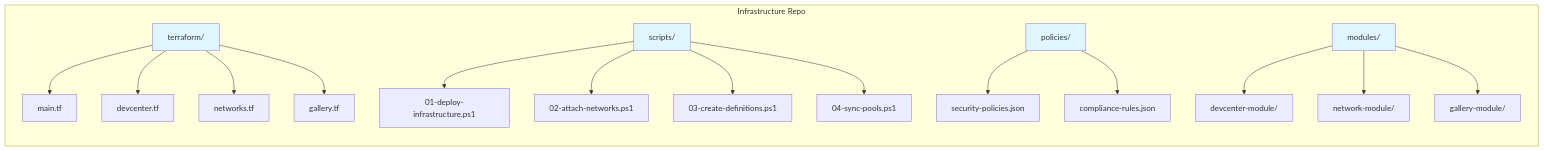
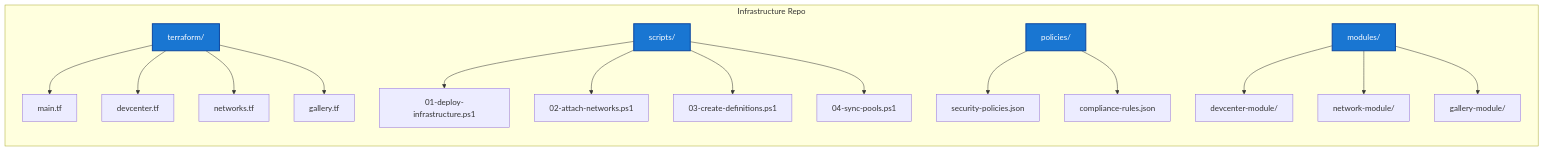
One commit to aj-enns/microsoft.devcenter changed the second of 16 diagrams in terraform/devbox-with-multi-images-and-roles/docs/ARCHITECTURE-DIAGRAMS.md. Above: the diagram before and after it, drawn with Mermaid. The commit also changed other lines of this file, not shown here.

Commit message:
style: Update architecture diagrams with new color scheme for improved clarity

````diff
--- a/terraform/devbox-with-multi-images-and-roles/docs/ARCHITECTURE-DIAGRAMS.md
+++ b/terraform/devbox-with-multi-images-and-roles/docs/ARCHITECTURE-DIAGRAMS.md
@@ -87,32 +87,32 @@
 ```mermaid
 graph TB
     subgraph "Infrastructure Repo"
         direction TB
         A[terraform/]
         B[scripts/]
         C[policies/]
         D[modules/]
         
         A --> A1[main.tf]
         A --> A2[devcenter.tf]
         A --> A3[networks.tf]
         A --> A4[gallery.tf]
         
         B --> B1[01-deploy-infrastructure.ps1]
         B --> B2[02-attach-networks.ps1]
         B --> B3[03-create-definitions.ps1]
         B --> B4[04-sync-pools.ps1]
         
         C --> C1[security-policies.json]
         C --> C2[compliance-rules.json]
         
         D --> D1[devcenter-module/]
         D --> D2[network-module/]
         D --> D3[gallery-module/]
     end
     
-    style A fill:#e1f5ff
-    style B fill:#e1f5ff
-    style C fill:#e1f5ff
-    style D fill:#e1f5ff
+    style A fill:#1976d2,stroke:#0d47a1,stroke-width:2px,color:#fff
+    style B fill:#1976d2,stroke:#0d47a1,stroke-width:2px,color:#fff
+    style C fill:#1976d2,stroke:#0d47a1,stroke-width:2px,color:#fff
+    style D fill:#1976d2,stroke:#0d47a1,stroke-width:2px,color:#fff
 ```
````
